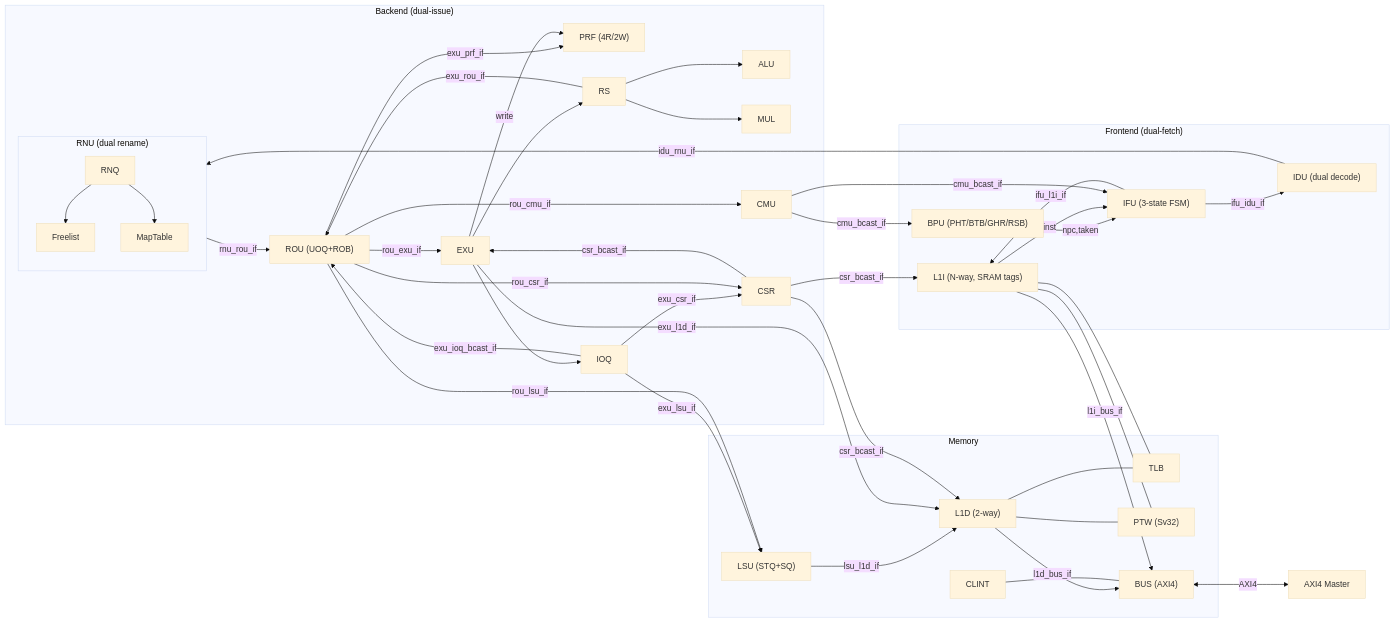
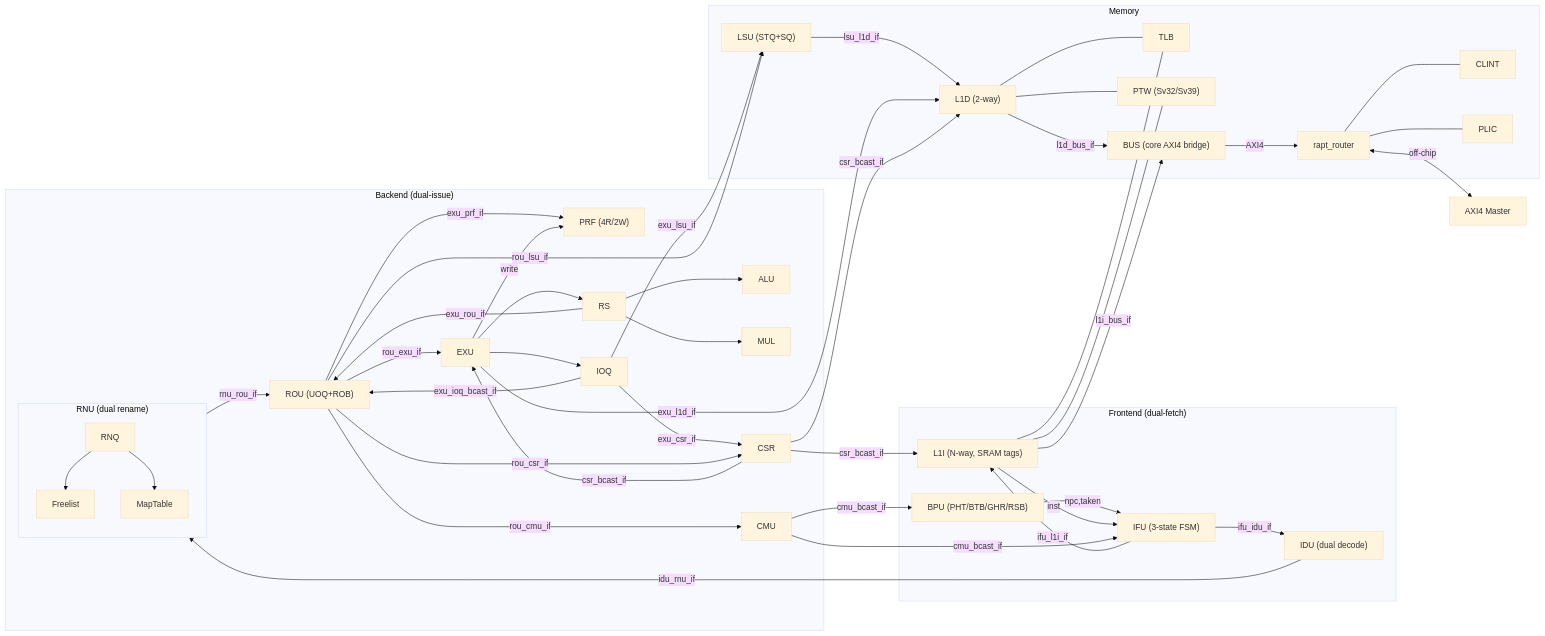
One commit to Kingfish404/raptor-chip changed the diagram in docs/uarch.md. Above: the diagram before and after it, drawn with Mermaid (base theme). The commit also changed other lines of this file and 109 other files, not shown here.

````diff
--- a/docs/uarch.md
+++ b/docs/uarch.md
@@ -280,62 +285,66 @@
 ```mermaid
 flowchart LR
  subgraph FE["Frontend (dual-fetch)"]
         IFU["IFU (3-state FSM)"]
         L1I["L1I (N-way, SRAM tags)"]
         IDU["IDU (dual decode)"]
         BPU["BPU (PHT/BTB/GHR/RSB)"]
   end
  subgraph BE["Backend (dual-issue)"]
         subgraph RNU_TOP["RNU (dual rename)"]
             RNQ["RNQ"]
             FL["Freelist"]
             MT["MapTable"]
         end
         PRF["PRF (4R/2W)"]
         ROU["ROU (UOQ+ROB)"]
         EXU["EXU"]
         RS["RS"]
         IOQ["IOQ"]
         ALU["ALU"]
         MUL["MUL"]
         CMU["CMU"]
         CSR["CSR"]
   end
  subgraph MEM["Memory"]
         LSU["LSU (STQ+SQ)"]
         L1D["L1D (2-way)"]
         TLB["TLB"]
-        PTW["PTW (Sv32)"]
-        BUS["BUS (AXI4)"]
+        PTW["PTW (Sv32/Sv39)"]
+        BUS["BUS (core AXI4 bridge)"]
+        ROUTER["rapt_router"]
         CLINT["CLINT"]
+        PLIC["PLIC"]
   end
     BPU -->|"npc,taken"| IFU
     IFU -->|"ifu_l1i_if"| L1I
     L1I -->|"inst"| IFU
     IFU -->|"ifu_idu_if"| IDU
     IDU -->|"idu_rnu_if"| RNU_TOP
     RNQ --> FL & MT
     RNU_TOP -->|"rnu_rou_if"| ROU
     ROU -->|"exu_prf_if"| PRF
     ROU -->|"rou_exu_if"| EXU
     EXU --> RS & IOQ
     RS --> ALU & MUL
     IOQ -->|"exu_lsu_if"| LSU
     IOQ -->|"exu_csr_if"| CSR
     RS -->|"exu_rou_if"| ROU
     IOQ -->|"exu_ioq_bcast_if"| ROU
     EXU -->|"write"| PRF
     ROU -->|"rou_cmu_if"| CMU
     ROU -->|"rou_csr_if"| CSR
     ROU -->|"rou_lsu_if"| LSU
     CMU -->|"cmu_bcast_if"| IFU & BPU
     LSU -->|"lsu_l1d_if"| L1D
     EXU -->|"exu_l1d_if"| L1D
     L1I --- TLB & PTW
     L1D --- TLB & PTW
     L1I -->|"l1i_bus_if"| BUS
     L1D -->|"l1d_bus_if"| BUS
-    BUS <-->|"AXI4"| AXI["AXI4 Master"]
-    CLINT --- BUS
+    BUS -->|"AXI4"| ROUTER
+    ROUTER <-->|"off-chip"| AXI["AXI4 Master"]
+    ROUTER --- CLINT
+    ROUTER --- PLIC
     CSR -->|"csr_bcast_if"| L1I & L1D & EXU
 ```
````
